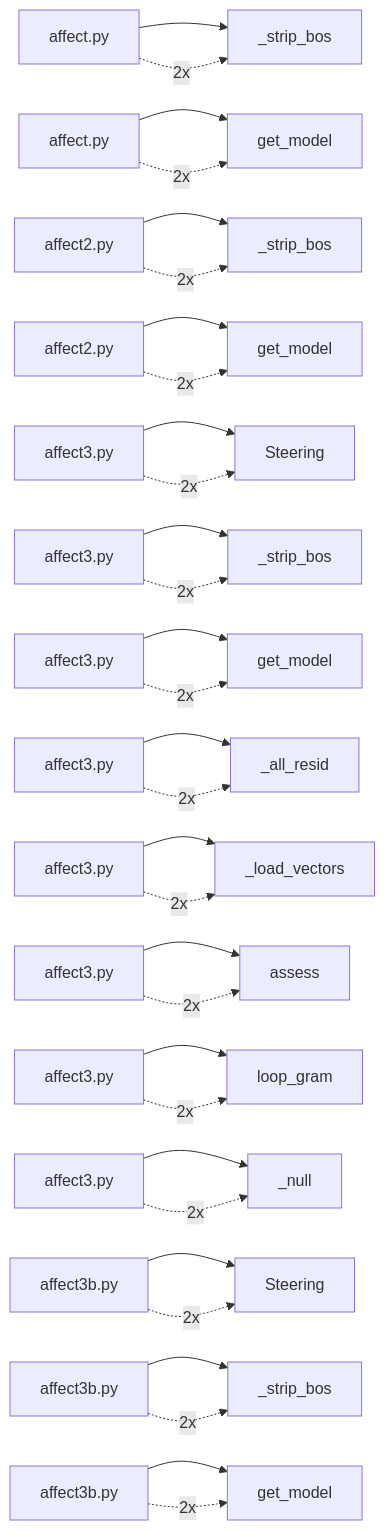
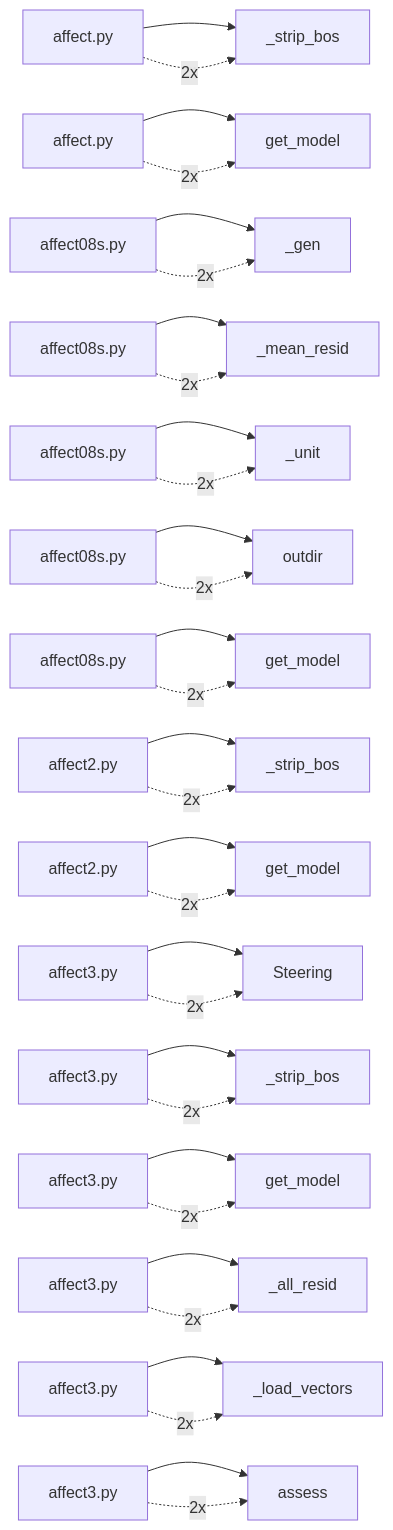
Before and after one commit to wolframs/jspace-probes: the first of 2 diagrams in .mentis/context/dependencies.md, drawn with Mermaid. The commit also changed other lines of this file and 260 other files, not shown here.

````diff
--- a/.mentis/context/dependencies.md
+++ b/.mentis/context/dependencies.md
@@ -7,33 +7,33 @@
 ```mermaid
 flowchart LR
   A0["affect.py"] --> B0["_strip_bos"]
   A0 -. 2x .-> B0
   A1["affect.py"] --> B1["get_model"]
   A1 -. 2x .-> B1
-  A2["affect2.py"] --> B2["_strip_bos"]
+  A2["affect08s.py"] --> B2["_gen"]
   A2 -. 2x .-> B2
-  A3["affect2.py"] --> B3["get_model"]
+  A3["affect08s.py"] --> B3["_mean_resid"]
   A3 -. 2x .-> B3
-  A4["affect3.py"] --> B4["Steering"]
+  A4["affect08s.py"] --> B4["_unit"]
   A4 -. 2x .-> B4
-  A5["affect3.py"] --> B5["_strip_bos"]
+  A5["affect08s.py"] --> B5["outdir"]
   A5 -. 2x .-> B5
-  A6["affect3.py"] --> B6["get_model"]
+  A6["affect08s.py"] --> B6["get_model"]
   A6 -. 2x .-> B6
-  A7["affect3.py"] --> B7["_all_resid"]
+  A7["affect2.py"] --> B7["_strip_bos"]
   A7 -. 2x .-> B7
-  A8["affect3.py"] --> B8["_load_vectors"]
+  A8["affect2.py"] --> B8["get_model"]
   A8 -. 2x .-> B8
-  A9["affect3.py"] --> B9["assess"]
+  A9["affect3.py"] --> B9["Steering"]
   A9 -. 2x .-> B9
-  A10["affect3.py"] --> B10["loop_gram"]
+  A10["affect3.py"] --> B10["_strip_bos"]
   A10 -. 2x .-> B10
-  A11["affect3.py"] --> B11["_null"]
+  A11["affect3.py"] --> B11["get_model"]
   A11 -. 2x .-> B11
-  A12["affect3b.py"] --> B12["Steering"]
+  A12["affect3.py"] --> B12["_all_resid"]
   A12 -. 2x .-> B12
-  A13["affect3b.py"] --> B13["_strip_bos"]
+  A13["affect3.py"] --> B13["_load_vectors"]
   A13 -. 2x .-> B13
-  A14["affect3b.py"] --> B14["get_model"]
+  A14["affect3.py"] --> B14["assess"]
   A14 -. 2x .-> B14
 ```
````
